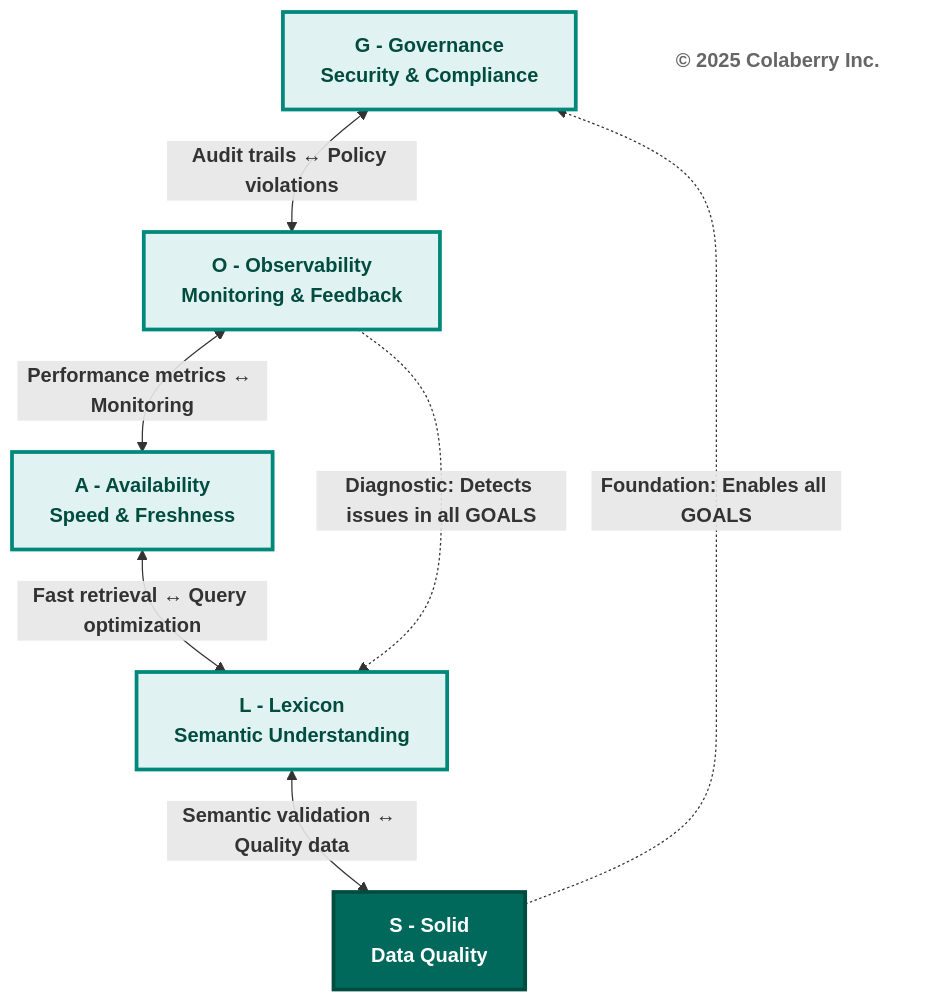
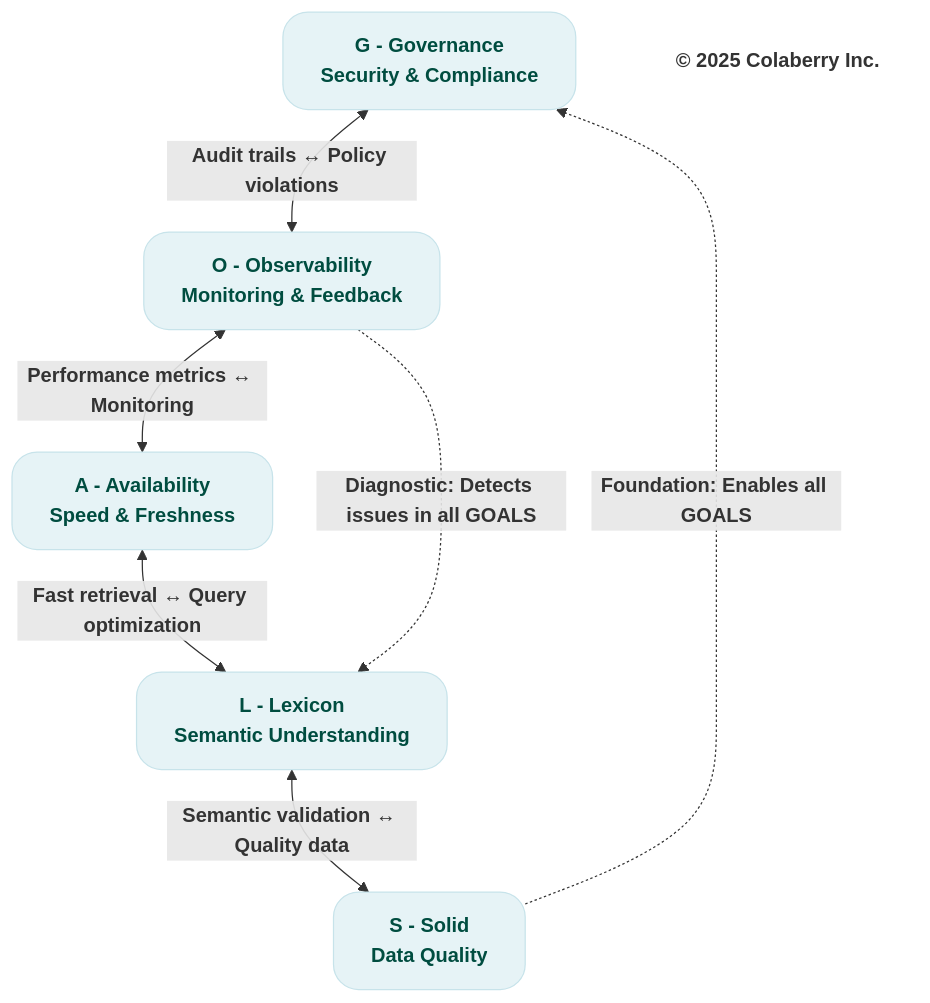
One commit to saitejesh-cyber/trust-before-intelligence-book changed diagram 12 of 14 in manuscript/08_chapter_7_goals_framework.md. Above: the diagram before and after it, drawn with Mermaid. The commit also changed other lines of this file and 7 other files, not shown here.

Commit message:
Chapter 6to13: Updated mermaid diagrams based on new colaberry color code

````diff
--- a/manuscript/08_chapter_7_goals_framework.md
+++ b/manuscript/08_chapter_7_goals_framework.md
@@ -1467,25 +1467,25 @@
 ```mermaid
 graph TB
     G["<b>G - Governance</b><br/><b>Security & Compliance</b>"]
     O["<b>O - Observability</b><br/><b>Monitoring & Feedback</b>"]
     A["<b>A - Availability</b><br/><b>Speed & Freshness</b>"]
     L["<b>L - Lexicon</b><br/><b>Semantic Understanding</b>"]
     S["<b>S - Solid</b><br/><b>Data Quality</b>"]
     
     G <-->|<b>Audit trails ↔ Policy violations</b>| O
     O <-->|<b>Performance metrics ↔ Monitoring</b>| A
     A <-->|<b>Fast retrieval ↔ Query optimization</b>| L
     L <-->|<b>Semantic validation ↔ Quality data</b>| S
     
     S -.->|<b>Foundation: Enables all GOALS</b>| G
     O -.->|<b>Diagnostic: Detects issues in all GOALS</b>| L
     
-    style G fill:#e0f2f1,stroke:#00897b,stroke-width:3px,color:#004d40
-    style O fill:#e0f2f1,stroke:#00897b,stroke-width:3px,color:#004d40
-    style A fill:#e0f2f1,stroke:#00897b,stroke-width:3px,color:#004d40
-    style L fill:#e0f2f1,stroke:#00897b,stroke-width:3px,color:#004d40
-    style S fill:#00695c,color:#ffffff,stroke:#004d40,stroke-width:3px
+    style G fill:#e6f3f6,stroke:#c7e3ea,stroke-width:1px,color:#004d40,rx:20,ry:20
+    style O fill:#e6f3f6,stroke:#c7e3ea,stroke-width:1px,color:#004d40,rx:20,ry:20
+    style A fill:#e6f3f6,stroke:#c7e3ea,stroke-width:1px,color:#004d40,rx:20,ry:20
+    style L fill:#e6f3f6,stroke:#c7e3ea,stroke-width:1px,color:#004d40,rx:20,ry:20
+    style S fill:#e6f3f6,stroke:#c7e3ea,stroke-width:1px,color:#004d40,rx:20,ry:20
     
     Copyright["<b>© 2025 Colaberry Inc.</b>"]
-    style Copyright fill:#ffffff,stroke:none,color:#666666
+    style Copyright fill:none,stroke:none,color:#333333
 ```
````
